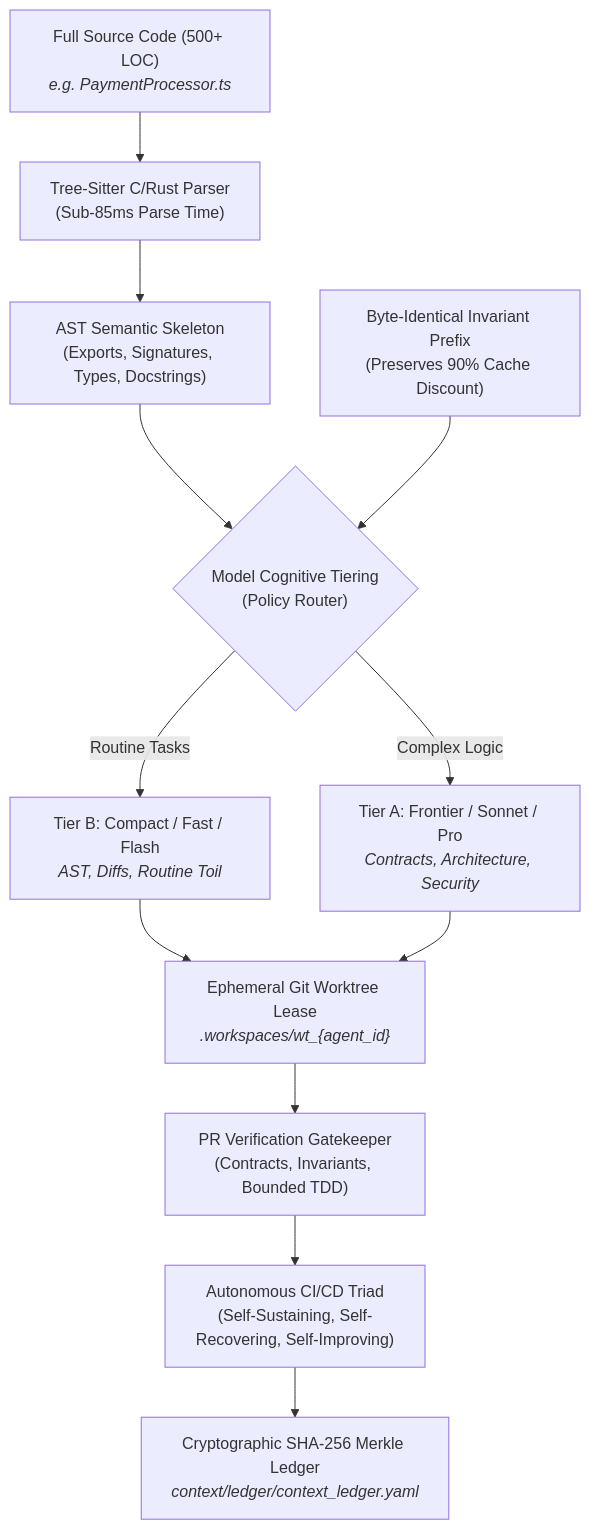
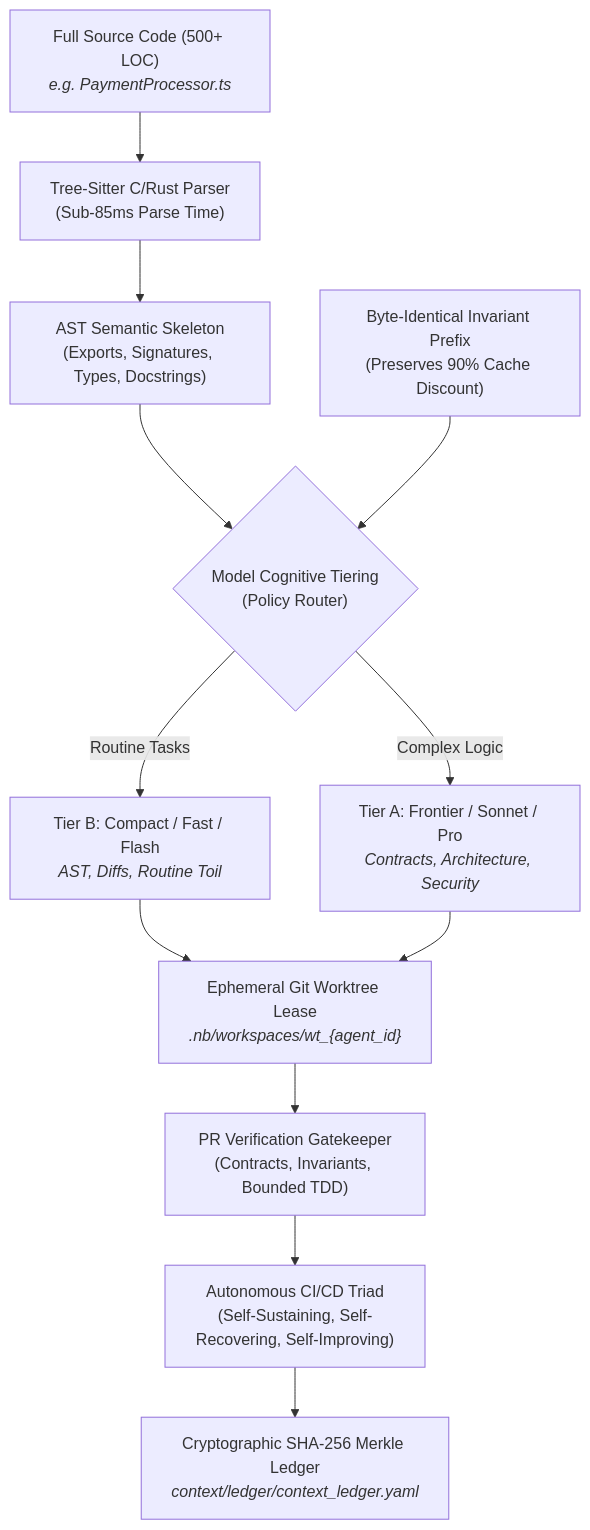
The second of 4 diagrams in workplace/docs/reports/token_savings_whitepaper.md (lakhwindersingh/nb_fairyfly), drawn with Mermaid before and after one commit. The commit also changed other lines of this file and 16 other files, not shown here.

````diff
--- a/workplace/docs/reports/token_savings_whitepaper.md
+++ b/workplace/docs/reports/token_savings_whitepaper.md
@@ -93,23 +93,23 @@
 ```mermaid
 flowchart TD
   RawCode["Full Source Code (500+ LOC)<br/><i>e.g. PaymentProcessor.ts</i>"]
   AST["Tree-Sitter C/Rust Parser<br/>(Sub-85ms Parse Time)"]
   Skeleton["AST Semantic Skeleton<br/>(Exports, Signatures, Types, Docstrings)"]
   Cache["Byte-Identical Invariant Prefix<br/>(Preserves 90% Cache Discount)"]
   Router{"Model Cognitive Tiering<br/>(Policy Router)"}
   TierB["Tier B: Compact / Fast / Flash<br/><i>AST, Diffs, Routine Toil</i>"]
   TierA["Tier A: Frontier / Sonnet / Pro<br/><i>Contracts, Architecture, Security</i>"]
-  Worktree["Ephemeral Git Worktree Lease<br/><i>.workspaces/wt_{agent_id}</i>"]
+  Worktree["Ephemeral Git Worktree Lease<br/><i>.nb/workspaces/wt_{agent_id}</i>"]
   Gate["PR Verification Gatekeeper<br/>(Contracts, Invariants, Bounded TDD)"]
   Triad["Autonomous CI/CD Triad<br/>(Self-Sustaining, Self-Recovering, Self-Improving)"]
   Merkle["Cryptographic SHA-256 Merkle Ledger<br/><i>context/ledger/context_ledger.yaml</i>"]
 
   RawCode --> AST --> Skeleton
   Skeleton --> Router
   Cache --> Router
   Router -->|Routine Tasks| TierB
   Router -->|Complex Logic| TierA
   TierB --> Worktree
   TierA --> Worktree
   Worktree --> Gate --> Triad --> Merkle
 ```
````
